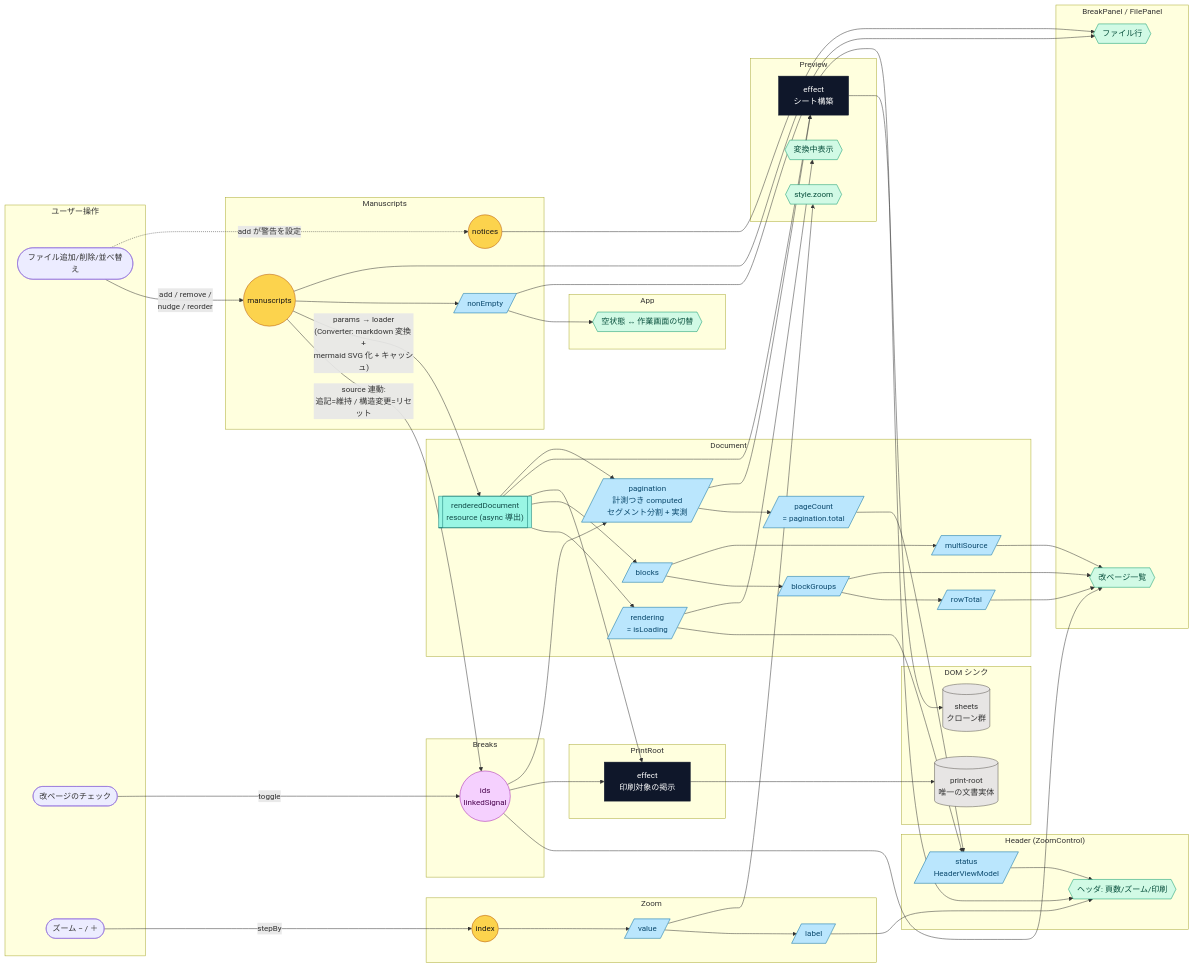
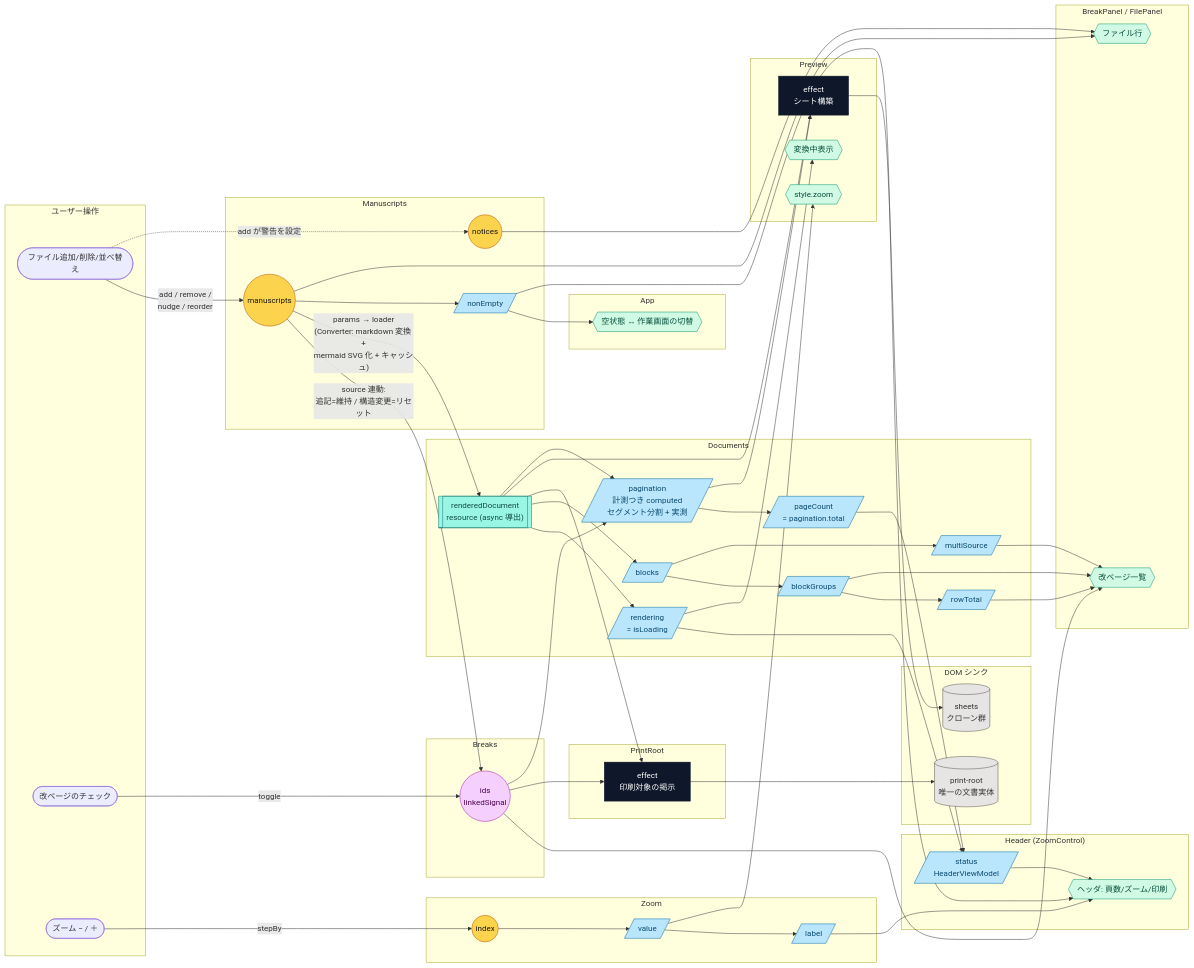
Before and after one commit to lacolaco/printmd: the diagram in docs/signal-graph.md, drawn with Mermaid. The commit also changed other lines of this file and 10 other files, not shown here.

First line of the commit message:
refactor: 組み込み型と衝突する Document サービスを Documents に改名する

```diff
--- a/docs/signal-graph.md
+++ b/docs/signal-graph.md
@@ -27,7 +27,7 @@
     S2((ids<br/>linkedSignal))
   end
 
-  subgraph DocumentS["Document"]
+  subgraph DocumentS["Documents"]
     S4[["renderedDocument<br/>resource (async 導出)"]]
     S3[/rendering<br/>= isLoading/]
     C2[/blocks/]
```
